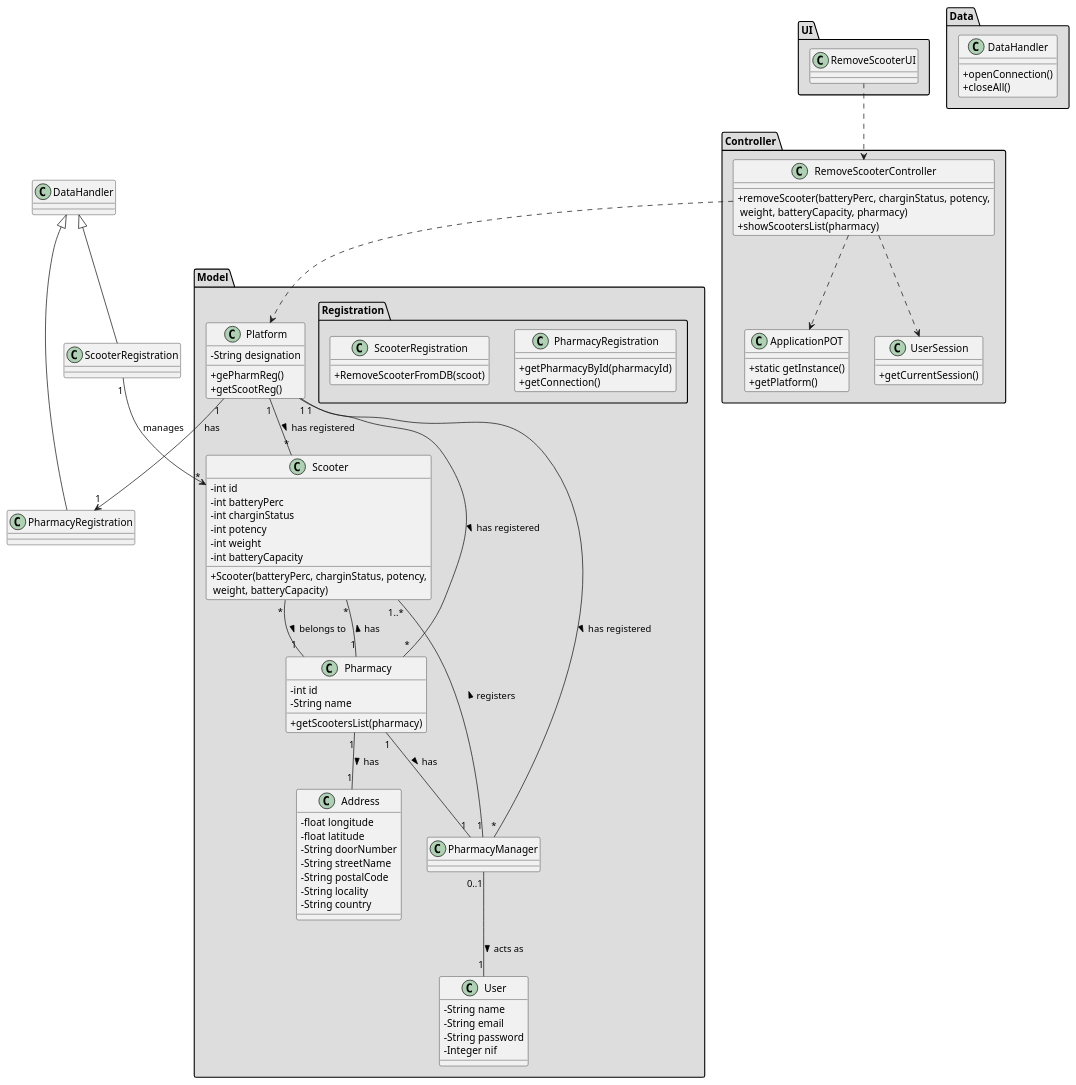
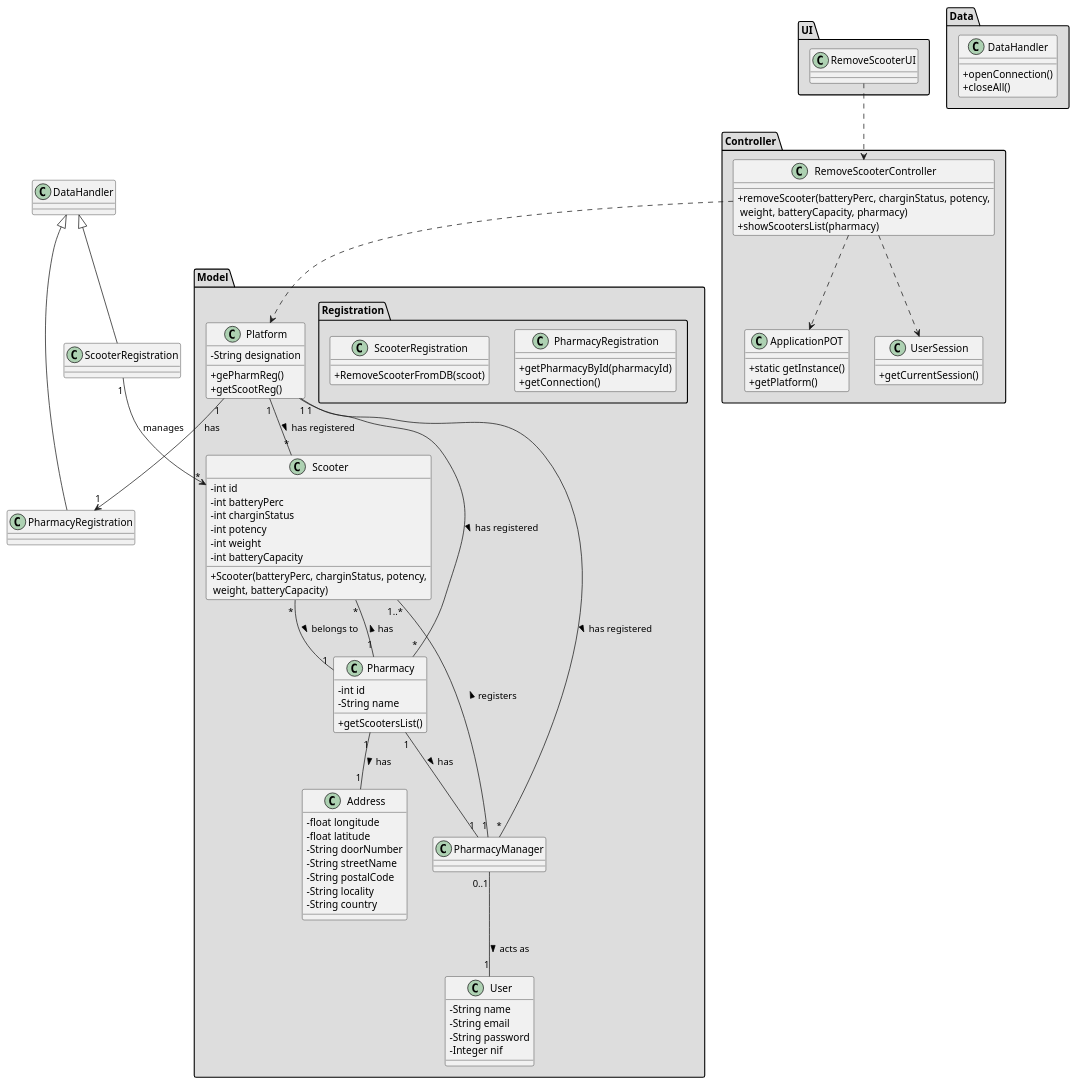
Before and after one commit to tiagoavcosta25/LAPR3: the diagram in docs/Iteration 1/Scooter Management/US22_RemoveScooter/US22_CD.puml, drawn with PlantUML. The commit also changed 4 other files, not shown here.

```diff
--- a/docs/Iteration 1/Scooter Management/US22_RemoveScooter/US22_CD.puml
+++ b/docs/Iteration 1/Scooter Management/US22_RemoveScooter/US22_CD.puml
@@ -1,116 +1,116 @@
 @startuml
 skinparam classAttributeIconSize 0
 
 package "UI" #DDDDDD {
 class RemoveScooterUI{
 
 }
 }
 
 
 package "Controller" #DDDDDD {
 class RemoveScooterController{
 +removeScooter(batteryPerc, charginStatus, potency,\n weight, batteryCapacity, pharmacy)
 +showScootersList(pharmacy)
 }
 
 class ApplicationPOT
 {
   +static getInstance()
   +getPlatform()
 }
 
 class UserSession
 {
   +getCurrentSession()
 }
 }
 
 
 package "Model" #DDDDDD {
 class Platform {
   -String designation
   +gePharmReg()
   +getScootReg()
 }
 package "Registration" #DDDDDD {
  class PharmacyRegistration{
      +getPharmacyById(pharmacyId)
      +getConnection()
  }
 
  class ScooterRegistration{
       +RemoveScooterFromDB(scoot)
   }
  }
 }
 
 package "Model" #DDDDDD {
 class Scooter{
   -int id
   -int batteryPerc
   -int charginStatus
   -int potency
   -int weight
   -int batteryCapacity
   +Scooter(batteryPerc, charginStatus, potency,\n weight, batteryCapacity)
 }
 
 class Address{
   -float longitude
   -float latitude
   -String doorNumber
   -String streetName
   -String postalCode
   -String locality
   -String country
 }
 
 class Pharmacy {
   -int id
   -String name
-  +getScootersList(pharmacy)
+  +getScootersList()
 }
 
 class User{
 -   String name
 -   String email
 -   String password
 -   Integer nif
 }
 
 class PharmacyManager {
 }
 
 }
 
 
 package "Data" #DDDDDD {
 class DataHandler{
     +openConnection()
     +closeAll()
 }
 }
 
 class PharmacyRegistration extends DataHandler
 class ScooterRegistration extends DataHandler
 
 RemoveScooterUI ..> RemoveScooterController
 RemoveScooterController ..> Platform
 RemoveScooterController ..> ApplicationPOT
 RemoveScooterController ..> UserSession
 Platform "1" --> "1" PharmacyRegistration : has
 ScooterRegistration "1" --> "*" Scooter : manages
 
 Platform "1" -- "*" Pharmacy : has registered >
 Platform "1" -- "*" Scooter : has registered >
 Platform "1" -- "*" PharmacyManager : has registered >
 
 Pharmacy "1" -- "*" Scooter : has >
 Pharmacy "1" -- "1" Address : has >
 PharmacyManager "0..1" -- "1" User: acts as >
 PharmacyManager "1" -- "1..*" Scooter : registers >
 Pharmacy "1" -- "1" PharmacyManager : has >
 Scooter "*" -- "1" Pharmacy : belongs to >
 
 @enduml
```
